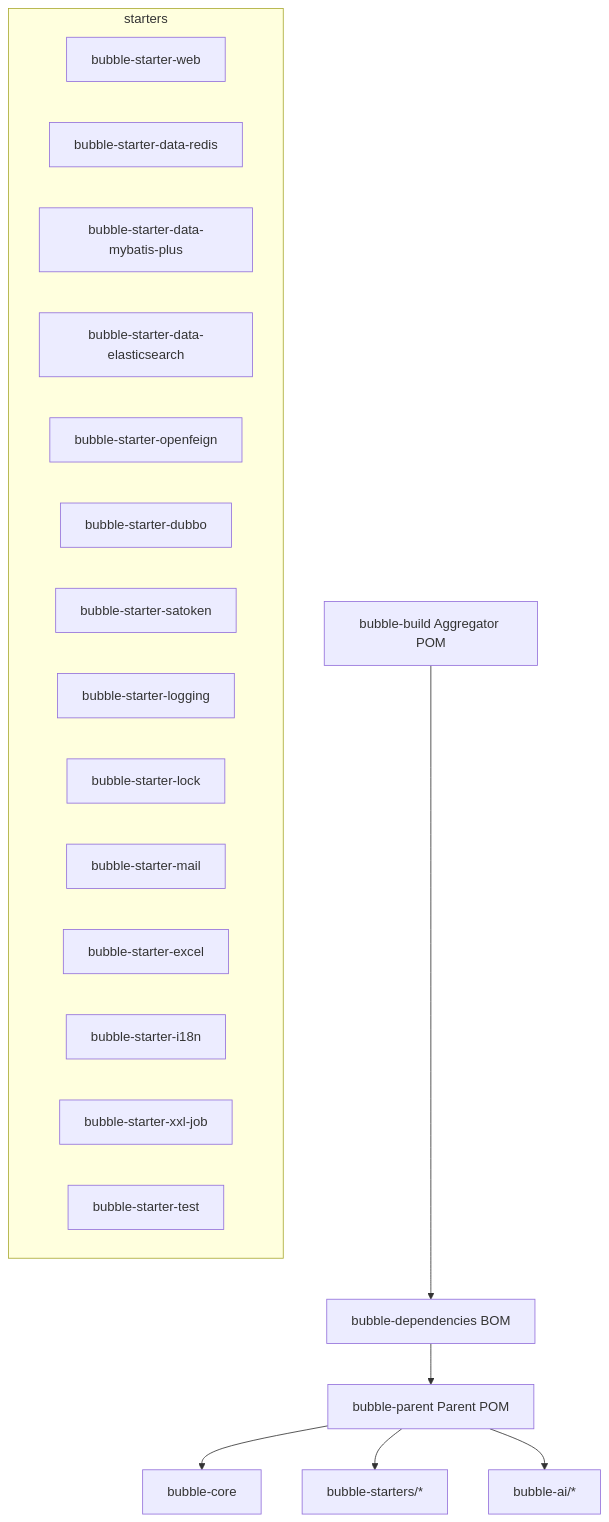
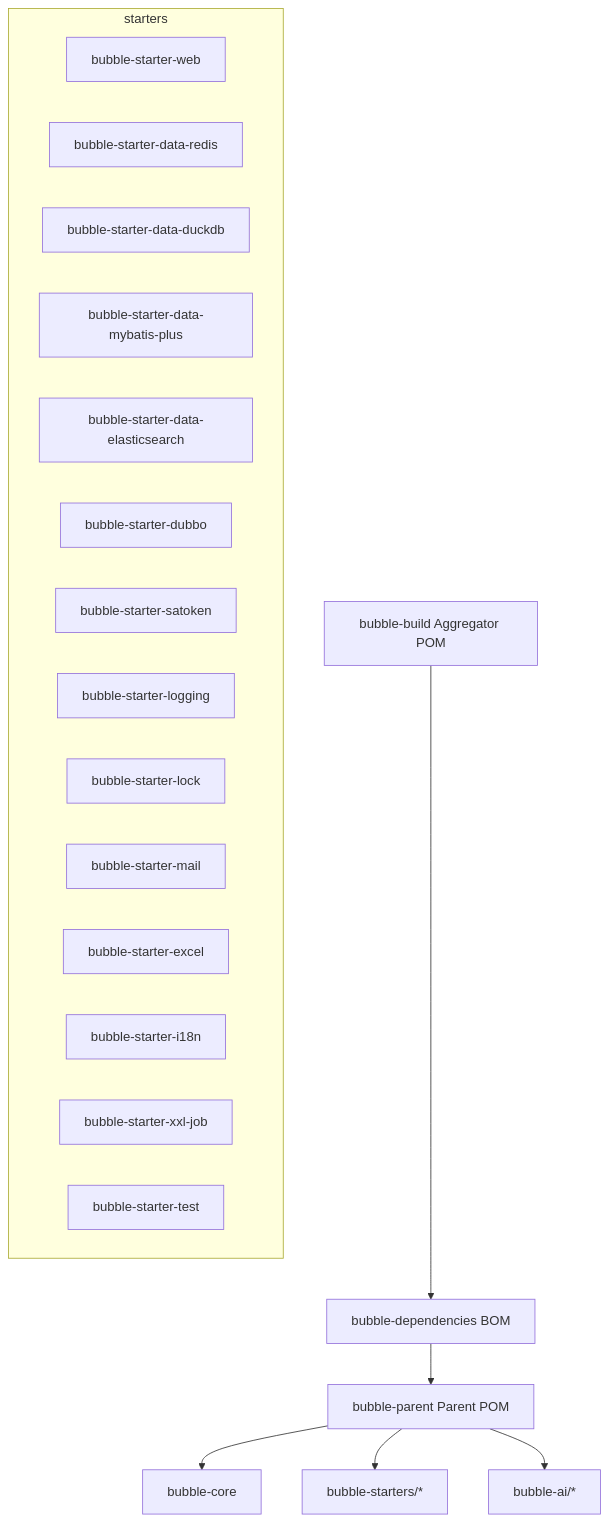
Before and after one commit to fxbin/bubble: the diagram in docs/index.md, drawn with Mermaid. The commit also changed 22 other files, not shown here.

First line of the commit message:
feat(duckdb): 初始化 DuckDB Starter 模块

````diff
--- a/docs/index.md
+++ b/docs/index.md
@@ -42,25 +42,25 @@
 ```mermaid
 flowchart TB
     A[bubble-build Aggregator POM] --> B[bubble-dependencies BOM]
     B --> C[bubble-parent Parent POM]
     C --> D[bubble-core]
     C --> E[bubble-starters/*]
     C --> F[bubble-ai/*]
 
     subgraph starters
       E1[bubble-starter-web]
       E2[bubble-starter-data-redis]
-      E3[bubble-starter-data-mybatis-plus]
-      E4[bubble-starter-data-elasticsearch]
-      E5[bubble-starter-openfeign]
+      E3[bubble-starter-data-duckdb]
+      E4[bubble-starter-data-mybatis-plus]
+      E5[bubble-starter-data-elasticsearch]
       E6[bubble-starter-dubbo]
       E7[bubble-starter-satoken]
       E8[bubble-starter-logging]
       E9[bubble-starter-lock]
       E10[bubble-starter-mail]
       E11[bubble-starter-excel]
       E12[bubble-starter-i18n]
       E13[bubble-starter-xxl-job]
       E14[bubble-starter-test]
     end
 ```
````
